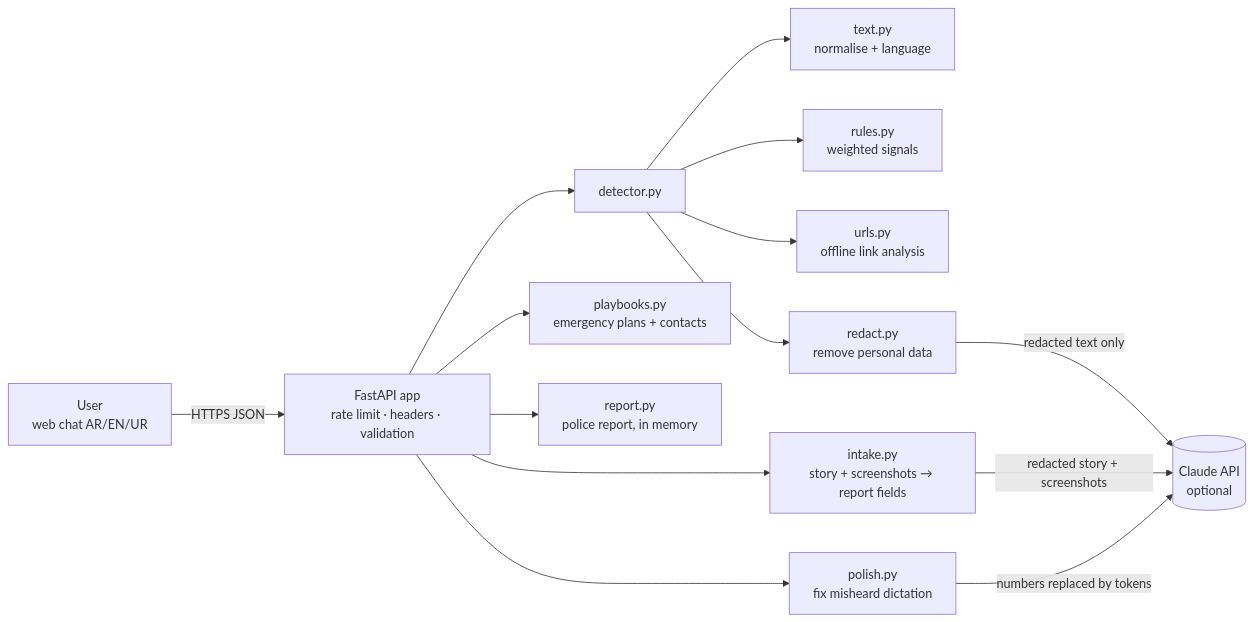
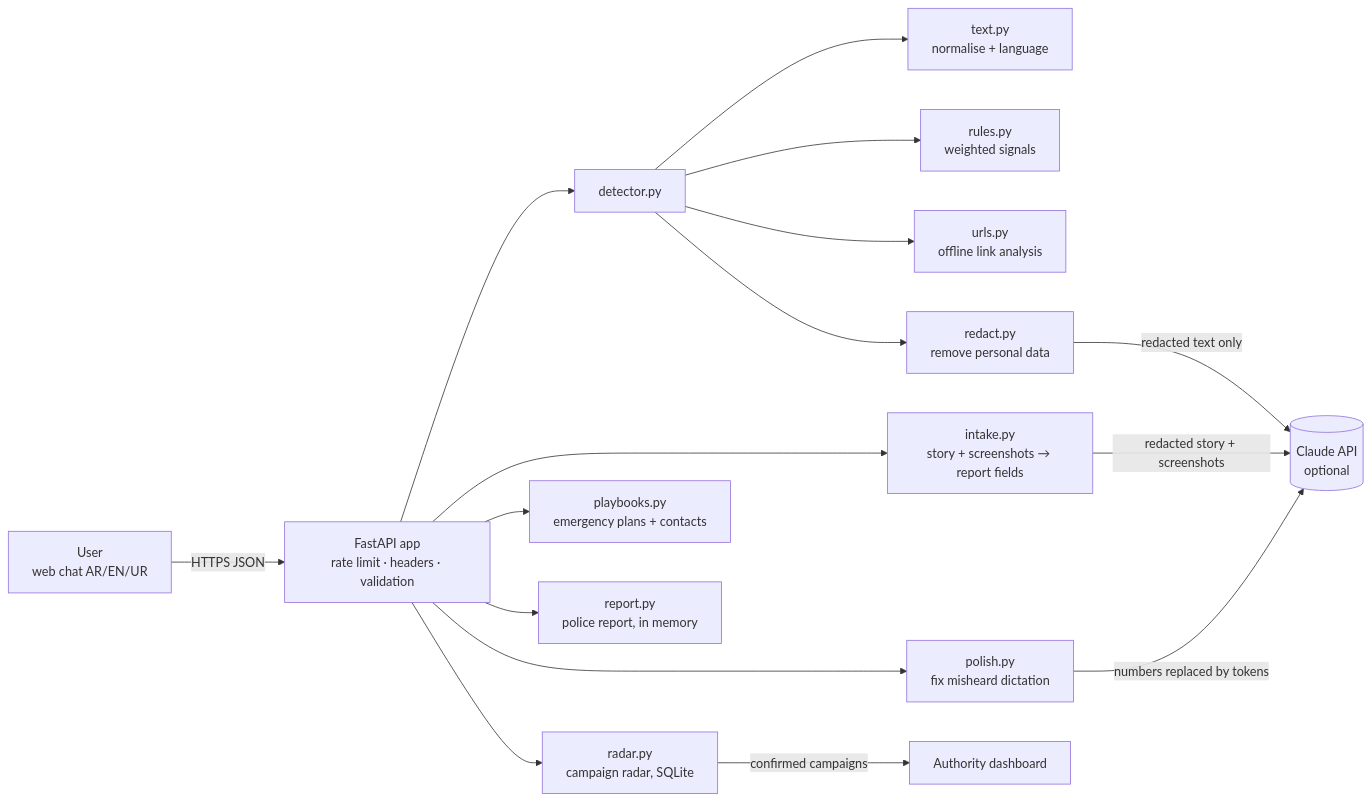
One commit to mohamedtorky2022/Haris changed the diagram in docs/TECHNICAL.md. Above: the diagram before and after it, drawn with Mermaid. The commit also changed other lines of this file and 15 other files, not shown here.

First line of the commit message:
Campaign radar: ignored scam messages become an early warning for everyone

````diff
--- a/docs/TECHNICAL.md
+++ b/docs/TECHNICAL.md
@@ -7,16 +7,18 @@
 ```mermaid
 flowchart LR
     U[User<br/>web chat AR/EN/UR] -->|HTTPS JSON| API[FastAPI app<br/>rate limit · headers · validation]
     API --> D[detector.py]
     D --> N[text.py<br/>normalise + language]
     D --> R[rules.py<br/>weighted signals]
     D --> L[urls.py<br/>offline link analysis]
     D --> X[redact.py<br/>remove personal data]
     X -->|redacted text only| C[(Claude API<br/>optional)]
     API --> I[intake.py<br/>story + screenshots → report fields]
     I -->|redacted story + screenshots| C
     API --> PO[polish.py<br/>fix misheard dictation]
+    API --> RA[radar.py<br/>campaign radar, SQLite]
+    RA -->|confirmed campaigns| AUTH[Authority dashboard]
     PO -->|numbers replaced by tokens| C
     API --> P[playbooks.py<br/>emergency plans + contacts]
     API --> RP[report.py<br/>police report, in memory]
 ```
````
